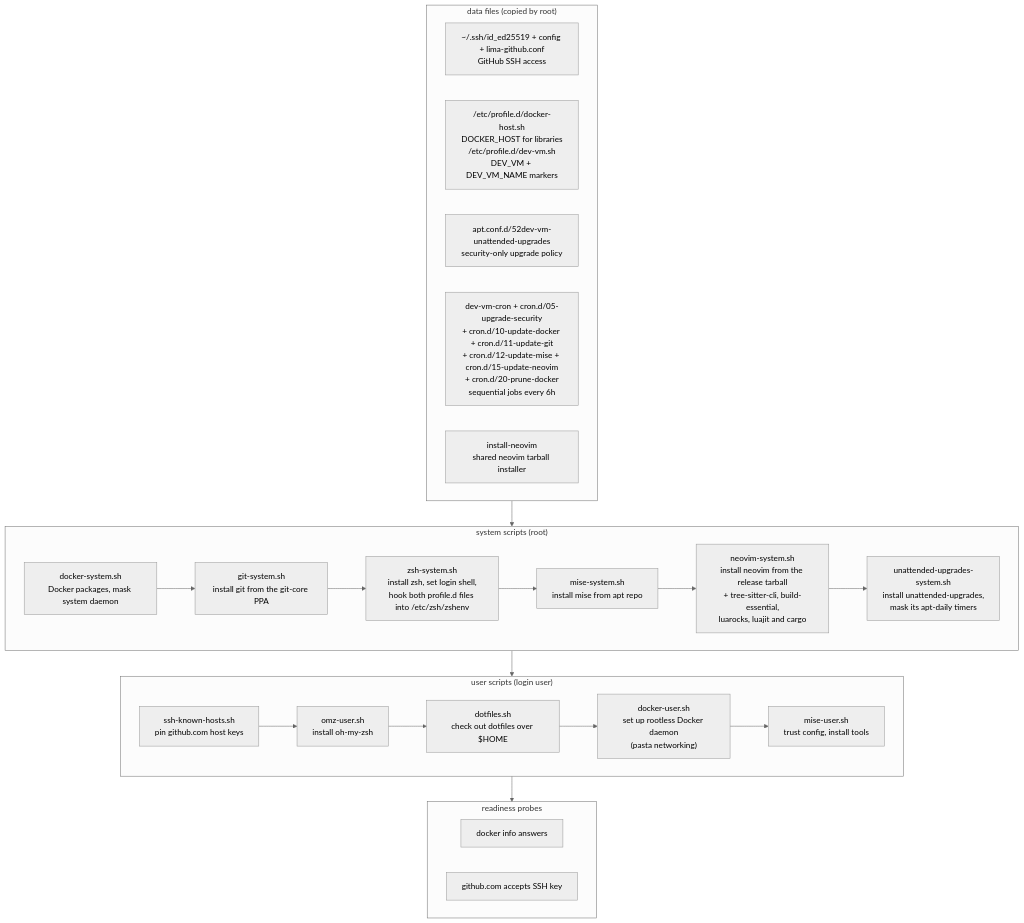
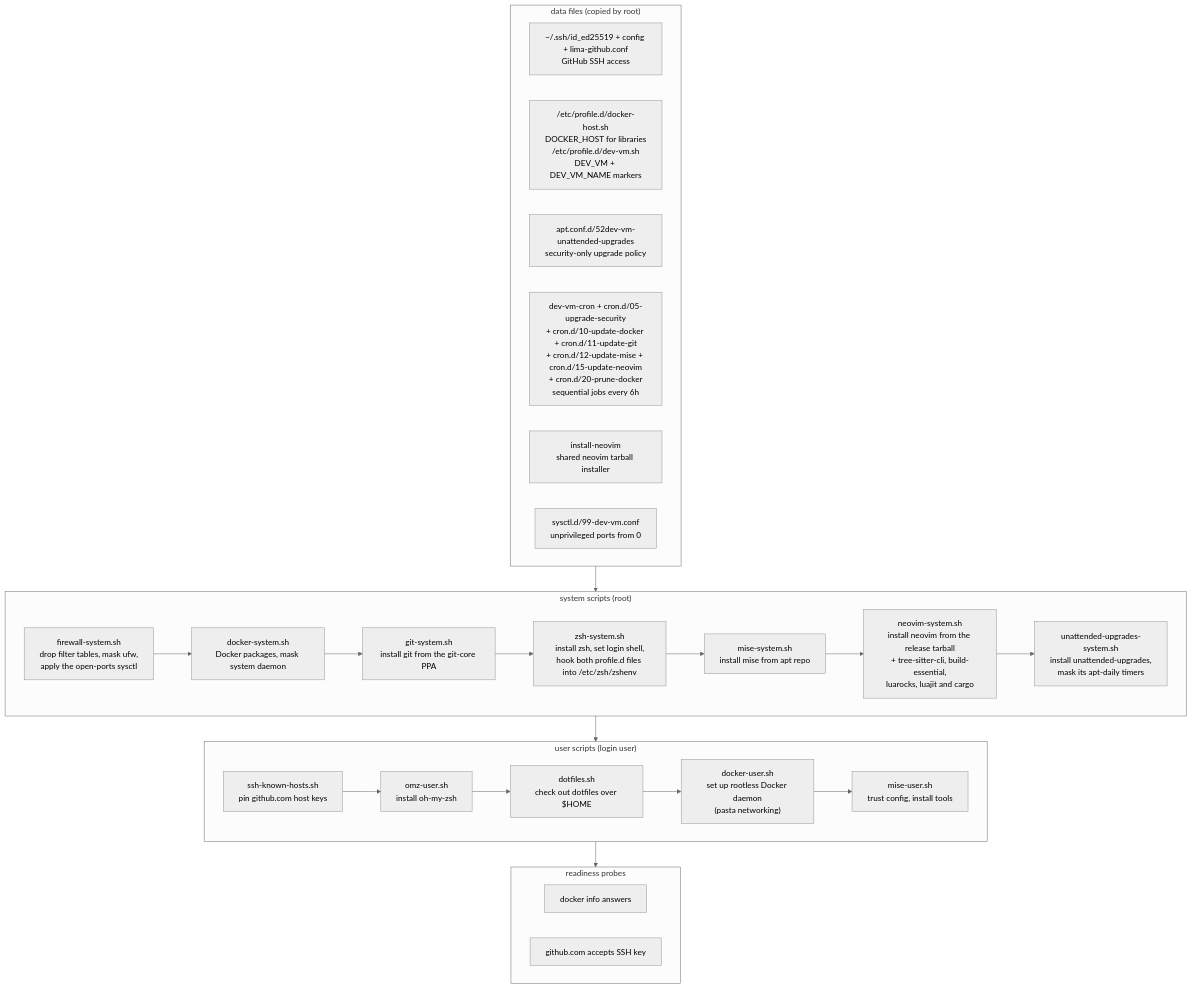
One commit to robsonpeixoto/dev-vm changed the diagram in README.md. Above: the diagram before and after it, drawn with Mermaid (neutral theme). The commit also changed other lines of this file and 15 other files, not shown here.

````diff
--- a/README.md
+++ b/README.md
@@ -486,38 +551,40 @@
 ```mermaid
 flowchart TD
     subgraph data["data files (copied by root)"]
         d1["~/.ssh/id_ed25519 + config + lima-github.conf<br>GitHub SSH access"]
         d2["/etc/profile.d/docker-host.sh<br>DOCKER_HOST for libraries<br>/etc/profile.d/dev-vm.sh<br>DEV_VM + DEV_VM_NAME markers"]
         d3["apt.conf.d/52dev-vm-unattended-upgrades<br>security-only upgrade policy"]
         d4["dev-vm-cron + cron.d/05-upgrade-security<br>+ cron.d/10-update-docker + cron.d/11-update-git<br>+ cron.d/12-update-mise + cron.d/15-update-neovim<br>+ cron.d/20-prune-docker<br>sequential jobs every 6h"]
         d5["install-neovim<br>shared neovim tarball installer"]
+        d6["sysctl.d/99-dev-vm.conf<br>unprivileged ports from 0"]
     end
 
     subgraph system["system scripts (root)"]
+        s0["firewall-system.sh<br>drop filter tables, mask ufw,<br>apply the open-ports sysctl"]
         s1["docker-system.sh<br>Docker packages, mask system daemon"]
         s1b["git-system.sh<br>install git from the git-core PPA"]
         s2["zsh-system.sh<br>install zsh, set login shell,<br>hook both profile.d files into /etc/zsh/zshenv"]
         s3["mise-system.sh<br>install mise from apt repo"]
         s4["neovim-system.sh<br>install neovim from the release tarball<br>+ tree-sitter-cli, build-essential,<br>luarocks, luajit and cargo"]
         s5["unattended-upgrades-system.sh<br>install unattended-upgrades,<br>mask its apt-daily timers"]
     end
 
     subgraph user["user scripts (login user)"]
         u1["ssh-known-hosts.sh<br>pin github.com host keys"]
         u2["omz-user.sh<br>install oh-my-zsh"]
         u3["dotfiles.sh<br>check out dotfiles over $HOME"]
         u4["docker-user.sh<br>set up rootless Docker daemon<br>(pasta networking)"]
         u5["mise-user.sh<br>trust config, install tools"]
     end
 
     subgraph probes["readiness probes"]
         p1["docker info answers"]
         p2["github.com accepts SSH key"]
     end
 
     data --> system
-    s1 --> s1b --> s2 --> s3 --> s4 --> s5
+    s0 --> s1 --> s1b --> s2 --> s3 --> s4 --> s5
     system --> user
     u1 --> u2 --> u3 --> u4 --> u5
     user --> probes
 ```
````
